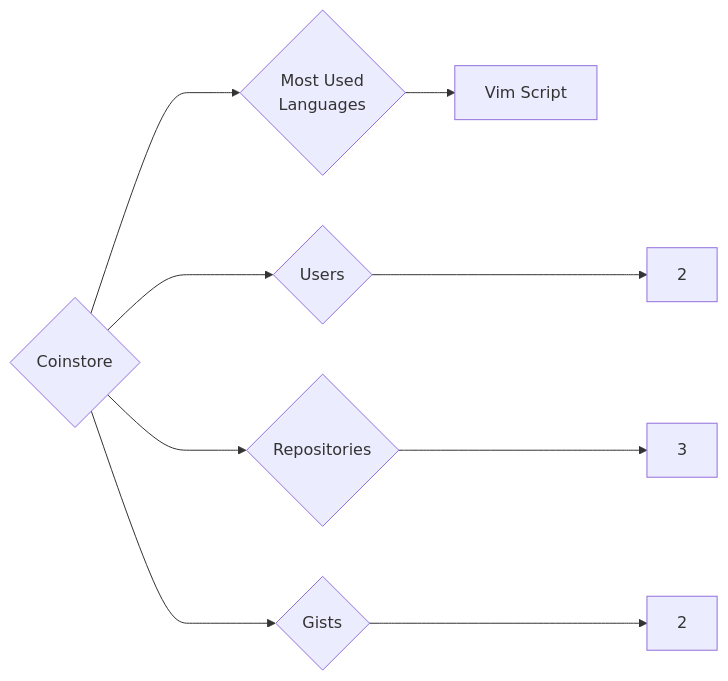
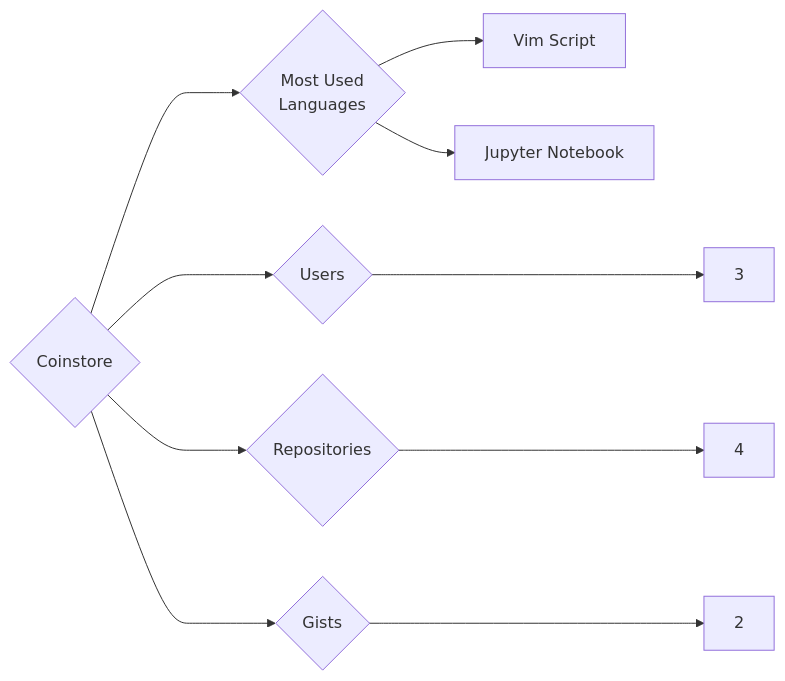
One commit to trickest/insiders changed the diagram in targets/Coinstore/README.md. Above: the diagram before and after it, drawn with Mermaid. The commit also changed 865 other files, not shown here.

````diff
--- a/targets/Coinstore/README.md
+++ b/targets/Coinstore/README.md
@@ -3,9 +3,10 @@
 ```mermaid
 graph LR
 COMPANY_NAME{Coinstore}
-COMPANY_NAME ---> U{Users} ---> UN[2]
-COMPANY_NAME ---> R{Repositories} ---> RN[3]
+COMPANY_NAME ---> U{Users} ---> UN[3]
+COMPANY_NAME ---> R{Repositories} ---> RN[4]
 COMPANY_NAME ---> G{Gists} ---> GN[2]
 COMPANY_NAME ---> ML{Most Used<br>Languages}
 ML --> Vim_Script[Vim Script]
+ML --> Jupyter_Notebook[Jupyter Notebook]
 ```
````
